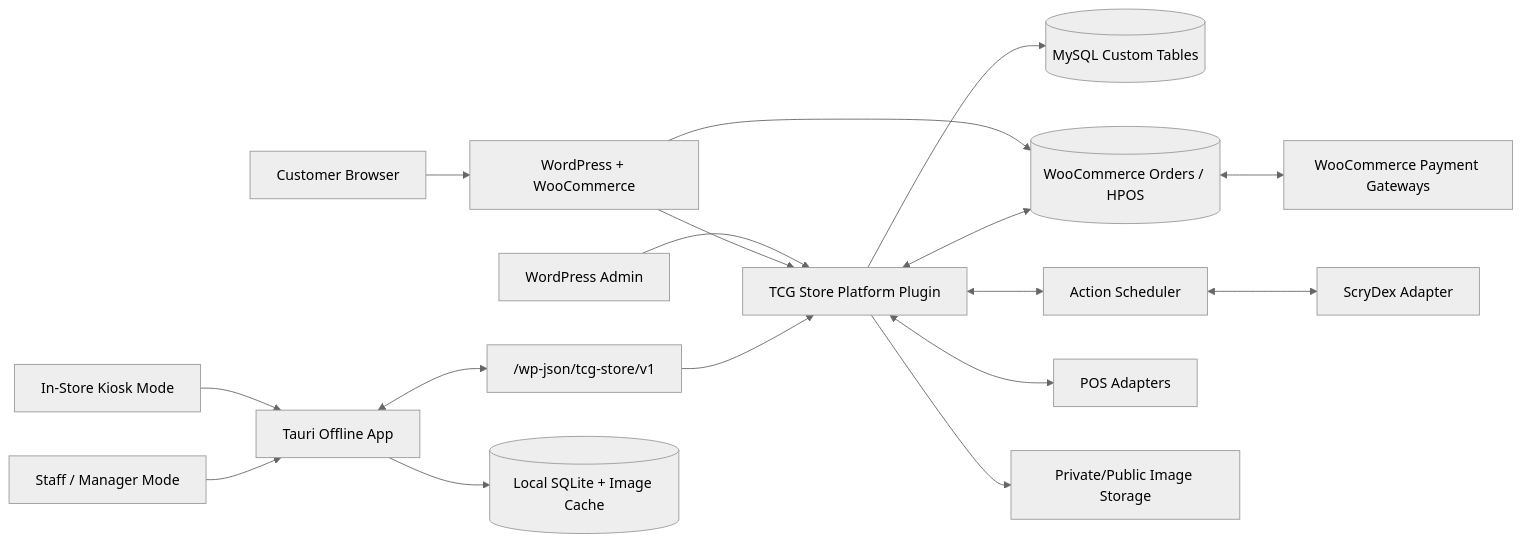
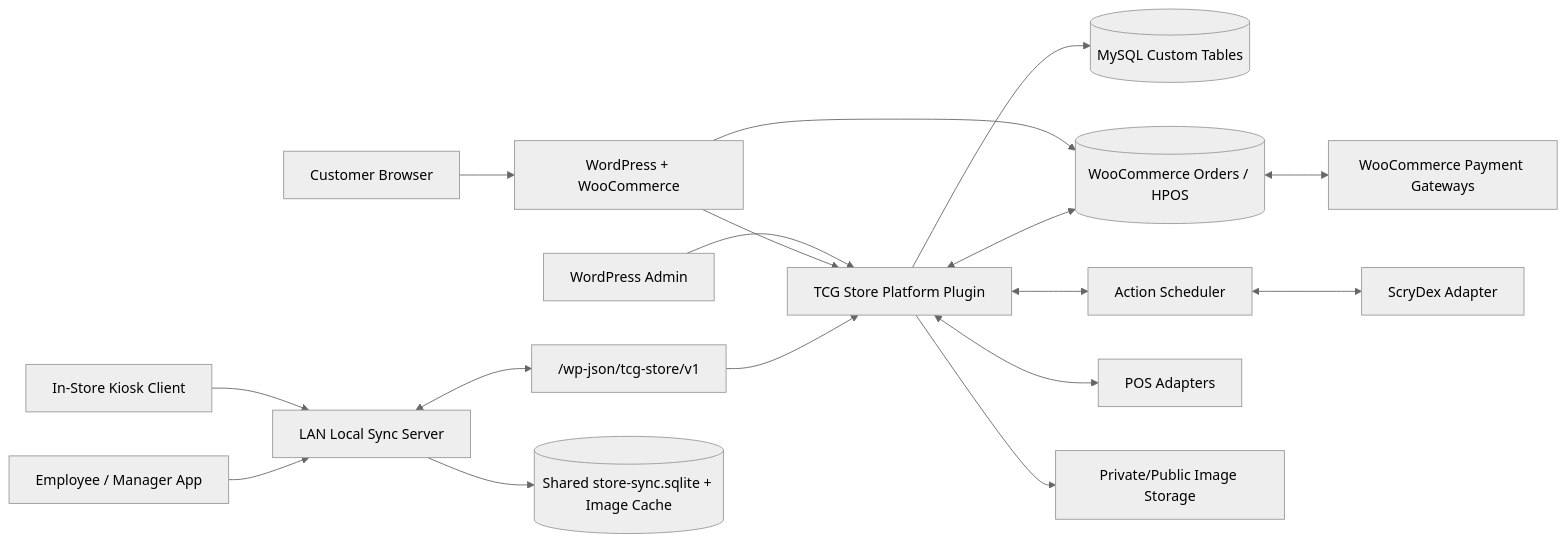
Before and after one commit to jonathanrhcooper1/Pug-Game-Shop: the diagram in docs/ARCHITECTURE.md, drawn with Mermaid (neutral theme). The commit also changed other lines of this file and 13 other files, not shown here.

Commit message:
Add offline PIN access and LAN sync contract

````diff
--- a/docs/ARCHITECTURE.md
+++ b/docs/ARCHITECTURE.md
@@ -256,19 +256,19 @@
 ```mermaid
 flowchart LR
     Customer["Customer Browser"] --> Storefront["WordPress + WooCommerce"]
-    Kiosk["In-Store Kiosk Mode"] --> Desktop["Tauri Offline App"]
-    Staff["Staff / Manager Mode"] --> Desktop
+    Kiosk["In-Store Kiosk Client"] --> LocalServer["LAN Local Sync Server"]
+    Staff["Employee / Manager App"] --> LocalServer
     Admin["WordPress Admin"] --> Plugin["TCG Store Platform Plugin"]
     Storefront --> Plugin
-    Desktop <--> API["/wp-json/tcg-store/v1"]
+    LocalServer <--> API["/wp-json/tcg-store/v1"]
     API --> Plugin
     Plugin --> DB[("MySQL Custom Tables")]
     Storefront --> Woo[("WooCommerce Orders / HPOS")]
     Plugin <--> Woo
-    Desktop --> SQLite[("Local SQLite + Image Cache")]
+    LocalServer --> SQLite[("Shared store-sync.sqlite + Image Cache")]
     Plugin <--> Queue["Action Scheduler"]
     Queue <--> ScryDex["ScryDex Adapter"]
     Plugin <--> POS["POS Adapters"]
     Woo <--> Payments["WooCommerce Payment Gateways"]
     Plugin --> Media["Private/Public Image Storage"]
 ```
````
